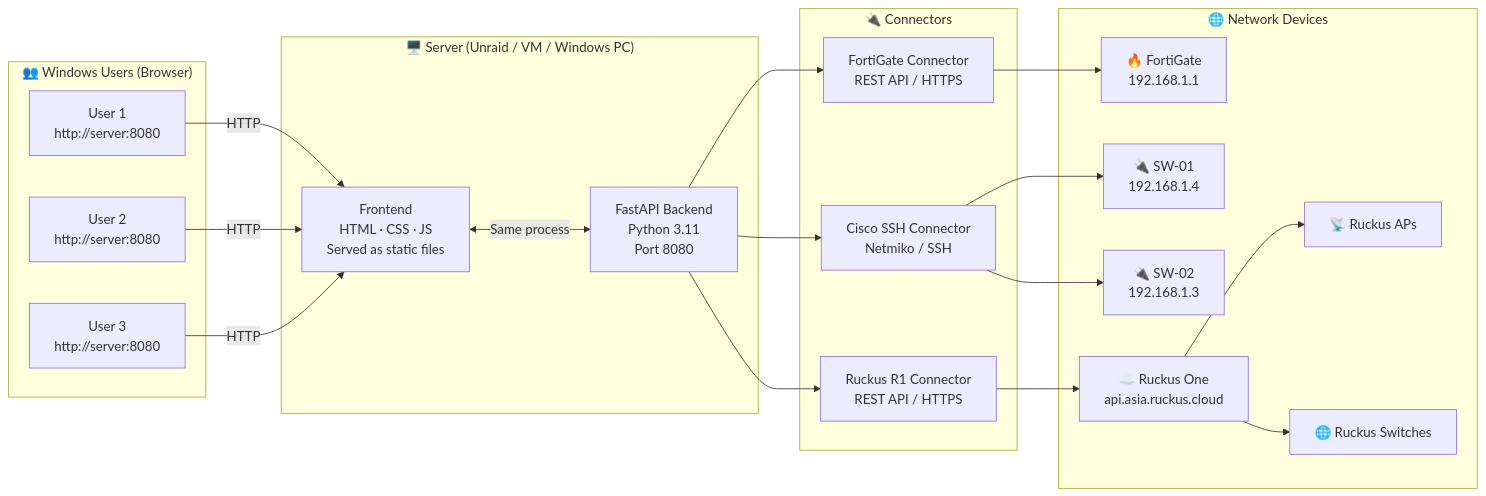
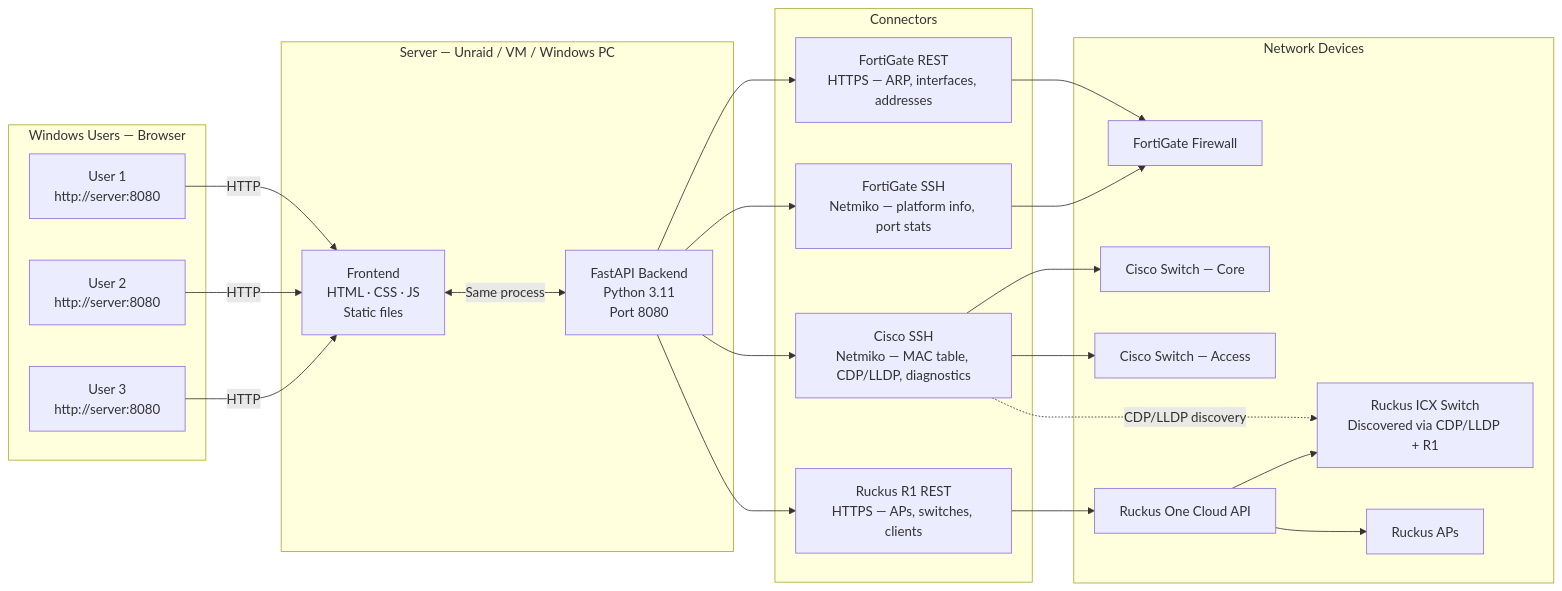
Before and after one commit to ivillagomez/netinspect: the second of 3 diagrams in README.md, drawn with Mermaid. The commit also changed other lines of this file and 1 other file, not shown here.

````diff
--- a/README.md
+++ b/README.md
@@ -84,34 +86,36 @@
 ```mermaid
 flowchart LR
-    subgraph Users["👥 Windows Users (Browser)"]
+    subgraph Users["Windows Users — Browser"]
         U1[User 1\nhttp://server:8080]
         U2[User 2\nhttp://server:8080]
         U3[User 3\nhttp://server:8080]
     end
 
-    subgraph Server["🖥️ Server (Unraid / VM / Windows PC)"]
-        FE[Frontend\nHTML · CSS · JS\nServed as static files]
+    subgraph Server["Server — Unraid / VM / Windows PC"]
+        FE[Frontend\nHTML · CSS · JS\nStatic files]
         API[FastAPI Backend\nPython 3.11\nPort 8080]
         FE <-->|Same process| API
     end
 
-    subgraph Connectors["🔌 Connectors"]
-        FGC[FortiGate Connector\nREST API / HTTPS]
-        CISCO[Cisco SSH Connector\nNetmiko / SSH]
-        R1C[Ruckus R1 Connector\nREST API / HTTPS]
+    subgraph Connectors["Connectors"]
+        FGC[FortiGate REST\nHTTPS — ARP, interfaces, addresses]
+        FGSSH[FortiGate SSH\nNetmiko — platform info, port stats]
+        CISCO[Cisco SSH\nNetmiko — MAC table, CDP/LLDP, diagnostics]
+        R1C[Ruckus R1 REST\nHTTPS — APs, switches, clients]
     end
 
-    subgraph Network["🌐 Network Devices"]
-        FG[🔥 FortiGate\n192.168.1.1]
-        SW1[🔌 SW-01\n192.168.1.4]
-        SW2[🔌 SW-02\n192.168.1.3]
-        R1[☁️ Ruckus One\napi.asia.ruckus.cloud]
-        APS[📡 Ruckus APs]
-        RSW[🌐 Ruckus Switches]
+    subgraph Network["Network Devices"]
+        FG[FortiGate Firewall]
+        SW1[Cisco Switch — Core]
+        SW2[Cisco Switch — Access]
+        RKSW[Ruckus ICX Switch\nDiscovered via CDP/LLDP + R1]
+        R1[Ruckus One Cloud API]
+        APS[Ruckus APs]
     end
 
     U1 & U2 & U3 -->|HTTP| FE
-    API --> FGC --> FG
+    API --> FGC & FGSSH --> FG
     API --> CISCO --> SW1 & SW2
-    API --> R1C --> R1 --> APS & RSW
+    CISCO -.->|CDP/LLDP discovery| RKSW
+    API --> R1C --> R1 --> APS & RKSW
 ```
````
